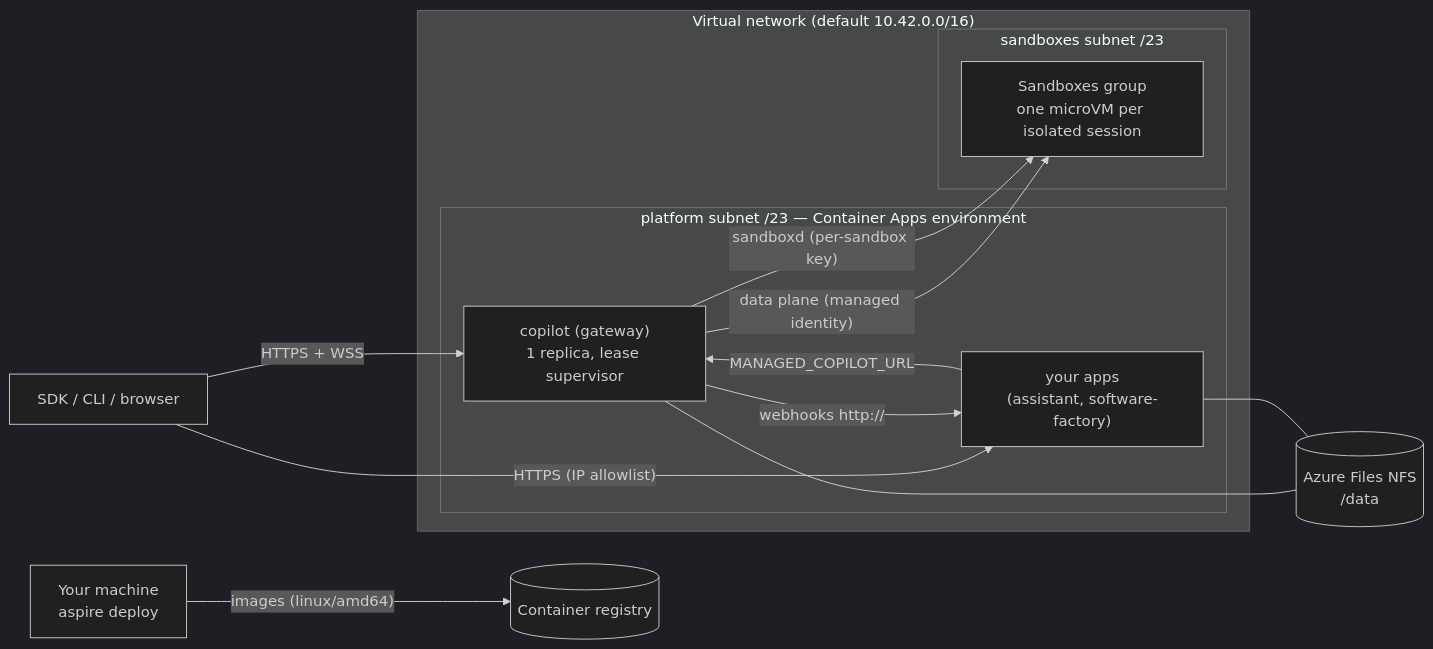
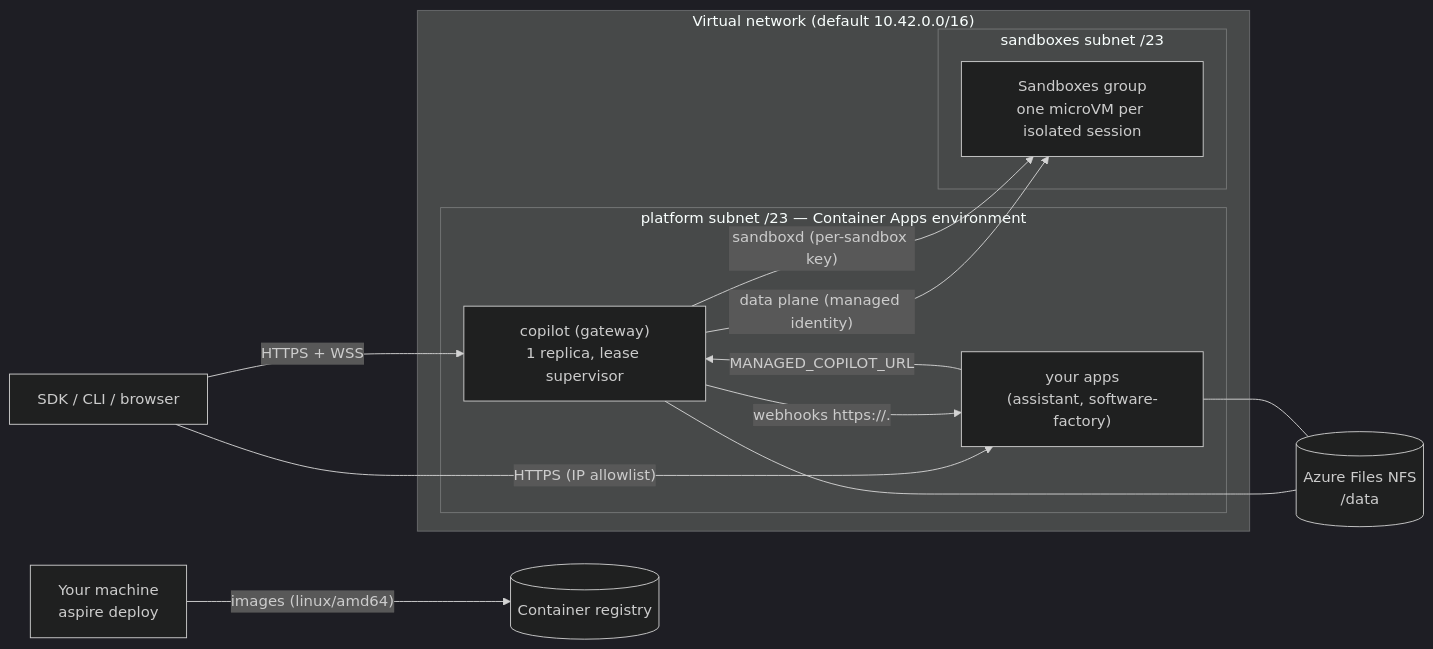
Before and after one commit to patniko/managed-copilot-sdk: the diagram in docs/deployment.md, drawn with Mermaid (dark theme). The commit also changed other lines of this file and 6 other files, not shown here.

First line of the commit message:
aspire deploy: system-package layers, readiness Host header, HTTPS webhooks to apps; doc fixes

````diff
--- a/docs/deployment.md
+++ b/docs/deployment.md
@@ -15,22 +16,22 @@
 ```mermaid
 flowchart LR
   Dev["Your machine<br/>aspire deploy"] -- "images (linux/amd64)" --> ACR[(Container registry)]
   subgraph VNet["Virtual network (default 10.42.0.0/16)"]
     subgraph Platform["platform subnet /23 — Container Apps environment"]
       GW["copilot (gateway)<br/>1 replica, lease supervisor"]
       Apps["your apps<br/>(assistant, software-factory)"]
     end
     subgraph SbxNet["sandboxes subnet /23"]
       SG["Sandboxes group<br/>one microVM per isolated session"]
     end
   end
   NFS[("Azure Files NFS<br/>/data")]
   Client["SDK / CLI / browser"] -- "HTTPS + WSS" --> GW
   Client -- "HTTPS (IP allowlist)" --> Apps
   Apps -- "MANAGED_COPILOT_URL" --> GW
-  GW -- "webhooks http://<app>" --> Apps
+  GW -- "webhooks https://<app>.<domain>" --> Apps
   GW -- "data plane (managed identity)" --> SG
   GW -- "sandboxd (per-sandbox key)" --> SG
   GW --- NFS
   Apps --- NFS
 ```
````
